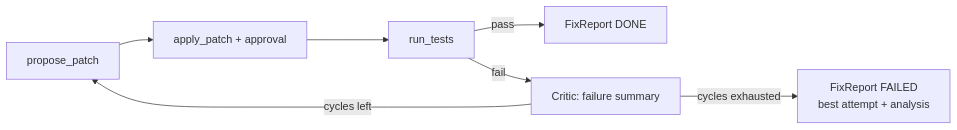
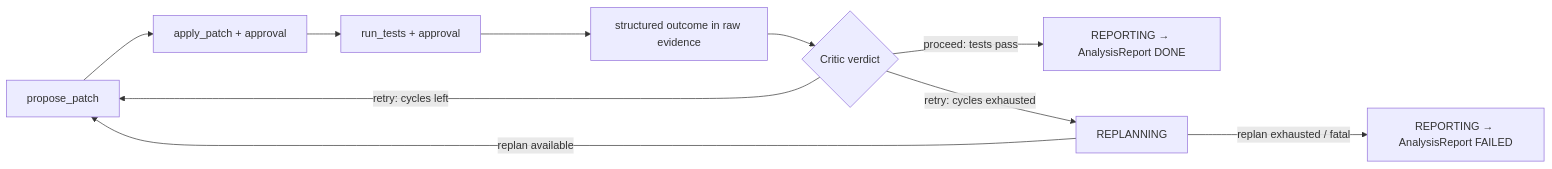
Before and after one commit to Jhy13294/RepoPilot-AI-Codebase-Agent: the diagram in docs/failure-recovery.md, drawn with Mermaid. The commit also changed other lines of this file and 5 other files, not shown here.

````diff
--- a/docs/failure-recovery.md
+++ b/docs/failure-recovery.md
@@ -28,9 +32,12 @@
 ```mermaid
 flowchart LR
-    P[propose_patch] --> A[apply_patch + approval]
-    A --> T[run_tests]
-    T -->|pass| R[FixReport DONE]
-    T -->|fail| C[Critic: failure summary]
-    C -->|cycles left| P
-    C -->|cycles exhausted| R2[FixReport FAILED\nbest attempt + analysis]
+    P["propose_patch"] --> A["apply_patch + approval"]
+    A --> T["run_tests + approval"]
+    T --> E["structured outcome in raw evidence"]
+    E --> C{"Critic verdict"}
+    C -->|proceed: tests pass| R["REPORTING → AnalysisReport DONE"]
+    C -->|retry: cycles left| P
+    C -->|retry: cycles exhausted| RP["REPLANNING"]
+    RP -->|replan available| P
+    RP -->|replan exhausted / fatal| R2["REPORTING → AnalysisReport FAILED"]
 ```
````
